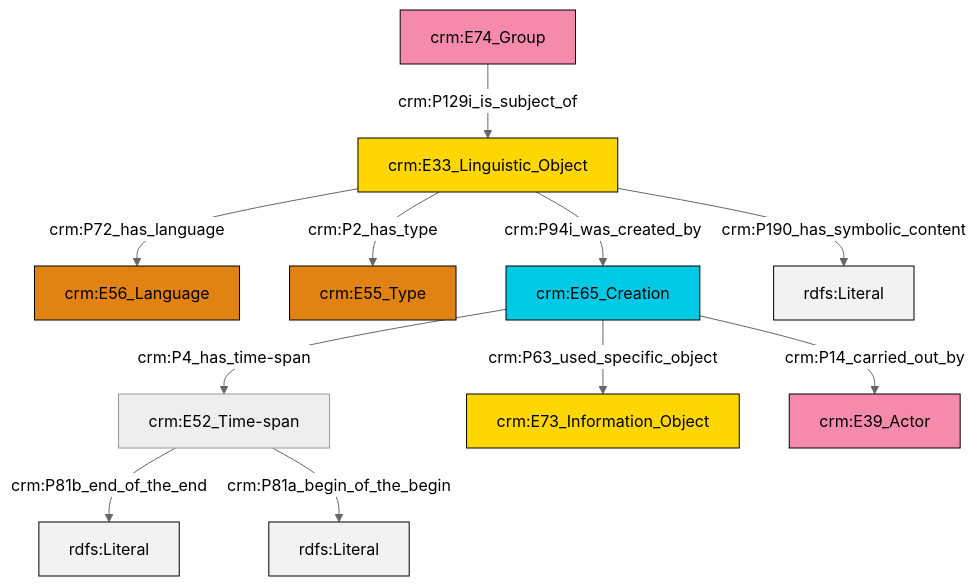
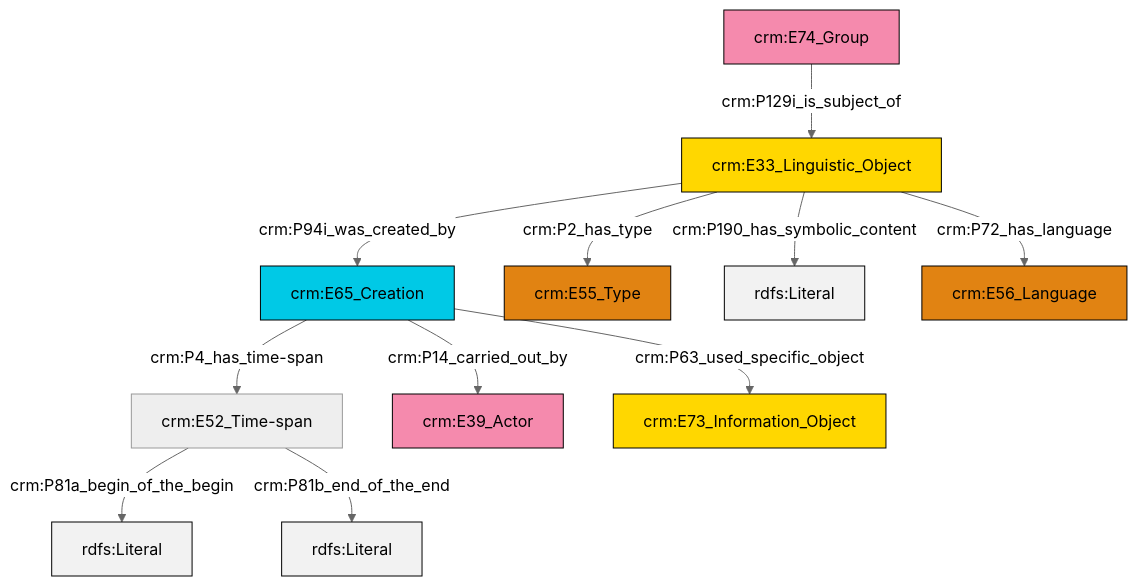
Before and after one commit to swiss-art-research-net/docs.swissartresearch: the diagram in et/groupCSV/ttl/mmd/group_description.ttl.mmd, drawn with Mermaid (neutral theme). The commit also changed 175 other files, not shown here.

```diff
--- a/et/groupCSV/ttl/mmd/group_description.ttl.mmd
+++ b/et/groupCSV/ttl/mmd/group_description.ttl.mmd
@@ -1,25 +1,25 @@
 graph TD
 classDef Literal fill:#f2f2f2,stroke:#000000;
 classDef CRM_Entity fill:#FFFFFF,stroke:#000000;
 classDef Temporal_Entity fill:#00C9E6, stroke:#000000;
 classDef Type fill:#E18312, stroke:#000000;
 classDef Time-Span fill:#2C9C91, stroke:#000000;
 classDef Appellation fill:#FFEB7F, stroke:#000000;
 classDef Place fill:#008836, stroke:#000000;
 classDef Persistent_Item fill:#B266B2, stroke:#000000;
 classDef Conceptual_Object fill:#FFD700, stroke:#000000;
 classDef Physical_Thing fill:#D2B48C, stroke:#000000;
 classDef Actor fill:#f58aad, stroke:#000000;
 classDef PC_Classes fill:#4ce600, stroke:#000000;
 classDef Multi fill:#cccccc,stroke:#000000;
 
-4["crm:E52_Time-span"]:::Default -->|crm:P81b_end_of_the_end| 5[rdfs:Literal]:::Literal
-6["crm:E74_Group"]:::Actor -->|crm:P129i_is_subject_of| 7["crm:E33_Linguistic_Object"]:::Conceptual_Object
-8["crm:E65_Creation"]:::Temporal_Entity -->|crm:P63_used_specific_object| 9["crm:E73_Information_Object"]:::Conceptual_Object
-7["crm:E33_Linguistic_Object"]:::Conceptual_Object -->|crm:P2_has_type| 2["crm:E55_Type"]:::Type
-7["crm:E33_Linguistic_Object"]:::Conceptual_Object -->|crm:P72_has_language| 0["crm:E56_Language"]:::Type
-8["crm:E65_Creation"]:::Temporal_Entity -->|crm:P4_has_time-span| 4["crm:E52_Time-span"]:::Default
-4["crm:E52_Time-span"]:::Default -->|crm:P81a_begin_of_the_begin| 10[rdfs:Literal]:::Literal
-7["crm:E33_Linguistic_Object"]:::Conceptual_Object -->|crm:P94i_was_created_by| 8["crm:E65_Creation"]:::Temporal_Entity
-8["crm:E65_Creation"]:::Temporal_Entity -->|crm:P14_carried_out_by| 12["crm:E39_Actor"]:::Actor
-7["crm:E33_Linguistic_Object"]:::Conceptual_Object -->|crm:P190_has_symbolic_content| 18[rdfs:Literal]:::Literal
+0["crm:E33_Linguistic_Object"]:::Conceptual_Object -->|crm:P94i_was_created_by| 1["crm:E65_Creation"]:::Temporal_Entity
+1["crm:E65_Creation"]:::Temporal_Entity -->|crm:P4_has_time-span| 2["crm:E52_Time-span"]:::Default
+0["crm:E33_Linguistic_Object"]:::Conceptual_Object -->|crm:P2_has_type| 3["crm:E55_Type"]:::Type
+0["crm:E33_Linguistic_Object"]:::Conceptual_Object -->|crm:P190_has_symbolic_content| 6[rdfs:Literal]:::Literal
+9["crm:E74_Group"]:::Actor -->|crm:P129i_is_subject_of| 0["crm:E33_Linguistic_Object"]:::Conceptual_Object
+1["crm:E65_Creation"]:::Temporal_Entity -->|crm:P14_carried_out_by| 4["crm:E39_Actor"]:::Actor
+1["crm:E65_Creation"]:::Temporal_Entity -->|crm:P63_used_specific_object| 7["crm:E73_Information_Object"]:::Conceptual_Object
+2["crm:E52_Time-span"]:::Default -->|crm:P81a_begin_of_the_begin| 15[rdfs:Literal]:::Literal
+2["crm:E52_Time-span"]:::Default -->|crm:P81b_end_of_the_end| 17[rdfs:Literal]:::Literal
+0["crm:E33_Linguistic_Object"]:::Conceptual_Object -->|crm:P72_has_language| 10["crm:E56_Language"]:::Type
```
